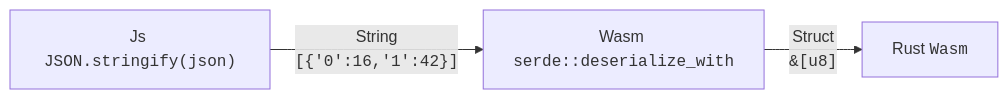
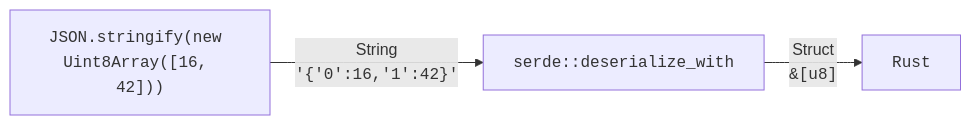
Before and after one commit to gist-rs/book: the third of 3 diagrams in src/wasm/serialize-js-data.md, drawn with Mermaid. The commit also changed other lines of this file, not shown here.

````diff
--- a/src/wasm/serialize-js-data.md
+++ b/src/wasm/serialize-js-data.md
@@ -21,4 +30,4 @@
    ```mermaid
    graph LR
-   A["Js <code>JSON.stringify(json)</code>"] --"String<br><code>[{'0':16,'1':42}]</code">--> B["Wasm <code>serde::deserialize_with</code>"] --"Struct<br><code>&[u8]</code>"--> C[Rust <code>Wasm</code>]
+   A["<code>JSON.stringify(new Uint8Array([16, 42]))</code>"] --"String<br><code>'{'0':16,'1':42}'</code">--> B["<code>serde::deserialize_with</code>"] --"Struct<br><code>&[u8]</code>"--> C[<code>Rust</code>]
    ```
````
